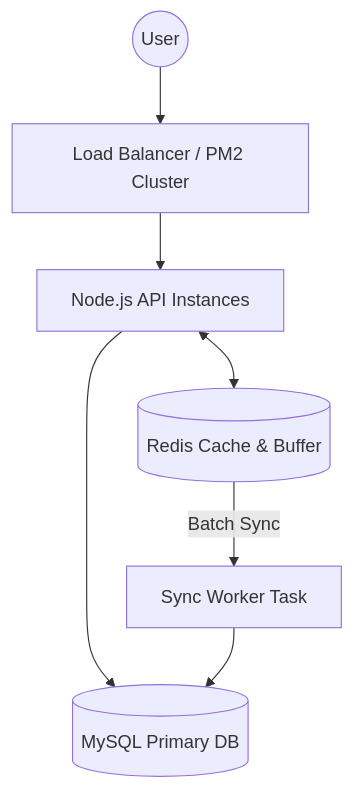
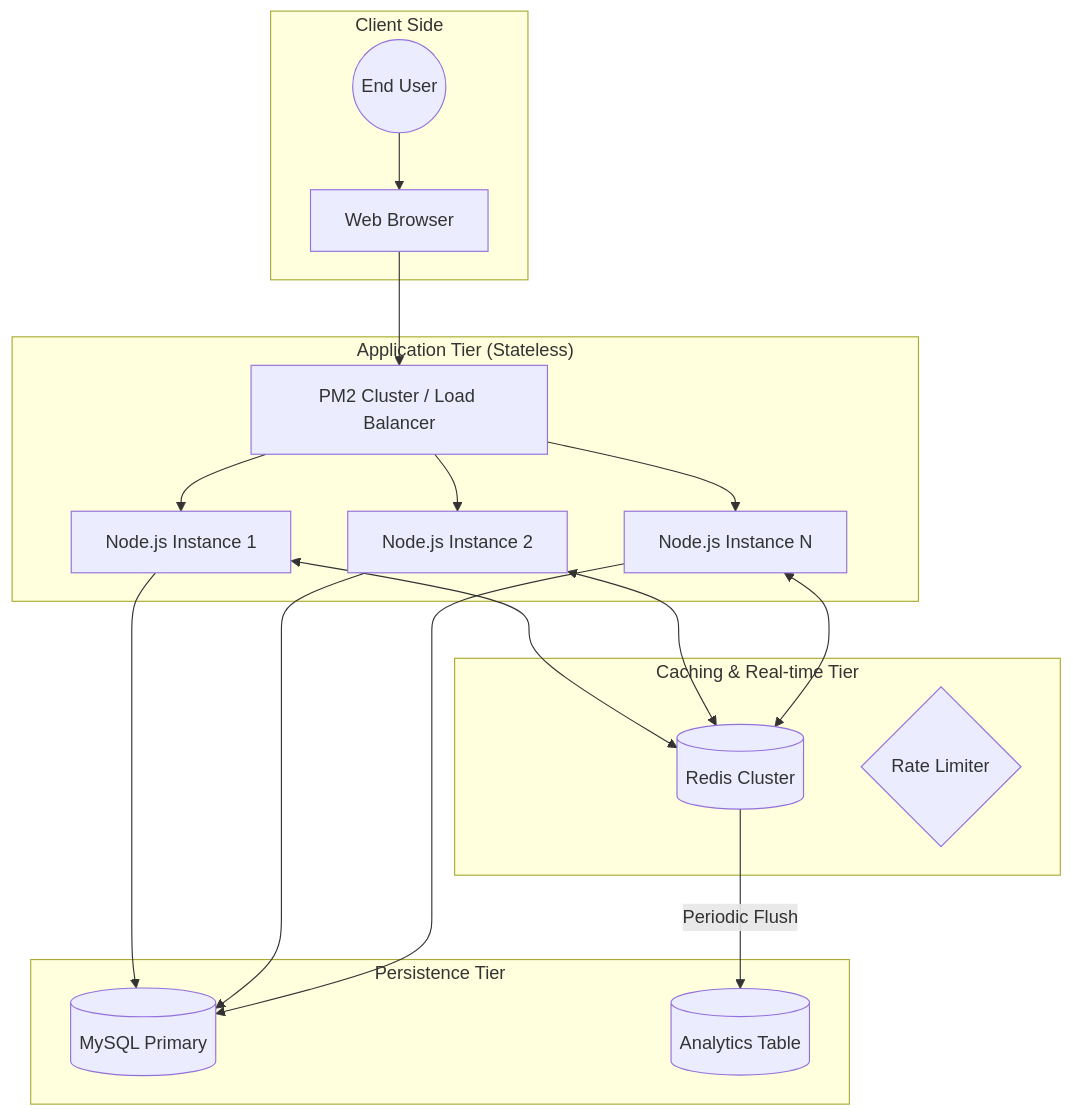
Before and after one commit to AsishKumarDalal/URL-SHORTENR: the first of 6 diagrams in study_url_shortner.md, drawn with Mermaid. The commit also changed other lines of this file, not shown here.

Commit message:
docs: enhance system design diagrams and analysis

````diff
--- a/study_url_shortner.md
+++ b/study_url_shortner.md
@@ -9,16 +11,31 @@
 ```mermaid
 graph TD
-    User((User))
-    LB[Load Balancer / PM2 Cluster]
-    App[Node.js API Instances]
-    Redis[(Redis Cache & Buffer)]
-    MySQL[(MySQL Primary DB)]
-    Sync[Sync Worker Task]
+    subgraph "Client Side"
+        User((End User))
+        Browser[Web Browser]
+    end
 
-    User --> LB
-    LB --> App
-    App <--> Redis
-    App --> MySQL
-    Redis -- "Batch Sync" --> Sync
-    Sync --> MySQL
+    subgraph "Application Tier (Stateless)"
+        LB[PM2 Cluster / Load Balancer]
+        App1[Node.js Instance 1]
+        App2[Node.js Instance 2]
+        AppN[Node.js Instance N]
+    end
+
+    subgraph "Caching & Real-time Tier"
+        Redis[(Redis Cluster)]
+        RateLimit{Rate Limiter}
+    end
+
+    subgraph "Persistence Tier"
+        MySQL[(MySQL Primary)]
+        Analytics[(Analytics Table)]
+    end
+
+    User --> Browser
+    Browser --> LB
+    LB --> App1 & App2 & AppN
+    App1 & App2 & AppN <--> Redis
+    App1 & App2 & AppN --> MySQL
+    Redis -- "Periodic Flush" --> Analytics
 ```
````
